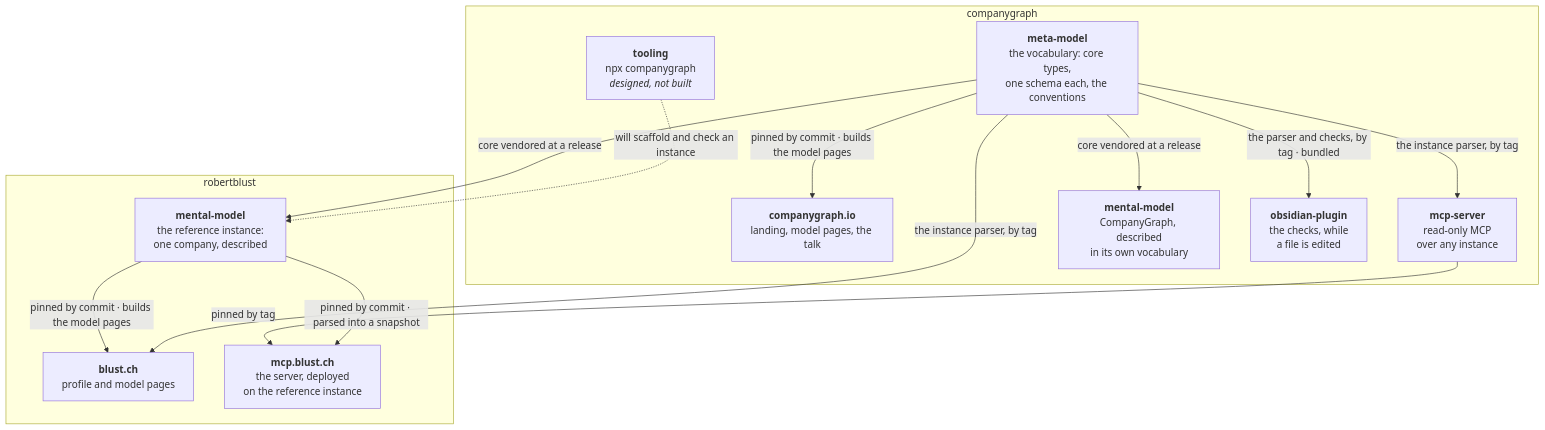
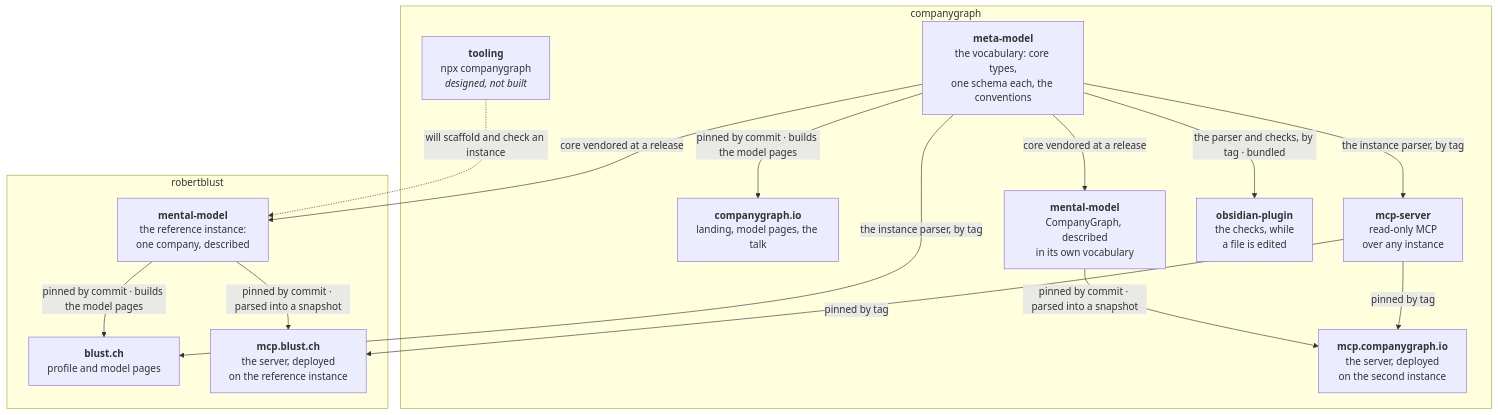
One commit to companygraph/.github changed the diagram in profile/README.md. Above: the diagram before and after it, drawn with Mermaid. The commit also changed other lines of this file, not shown here.

First line of the commit message:
The profile names mcp.companygraph.io

````diff
--- a/profile/README.md
+++ b/profile/README.md
@@ -25,28 +25,31 @@
 ```mermaid
 flowchart TB
     subgraph cg["companygraph"]
         MM["<b>meta-model</b><br/>the vocabulary: core types,<br/>one schema each, the conventions"]
         SITE["<b>companygraph.io</b><br/>landing, model pages, the talk"]
         MCP["<b>mcp-server</b><br/>read-only MCP<br/>over any instance"]
         CGMM["<b>mental-model</b><br/>CompanyGraph, described<br/>in its own vocabulary"]
         PLUGIN["<b>obsidian-plugin</b><br/>the checks, while<br/>a file is edited"]
+        MCPCG["<b>mcp.companygraph.io</b><br/>the server, deployed<br/>on the second instance"]
         TOOL["<b>tooling</b><br/>npx companygraph<br/><i>designed, not built</i>"]
     end
 
     subgraph rb["robertblust"]
         MENTAL["<b>mental-model</b><br/>the reference instance:<br/>one company, described"]
         BLUST["<b>blust.ch</b><br/>profile and model pages"]
         MCPD["<b>mcp.blust.ch</b><br/>the server, deployed<br/>on the reference instance"]
     end
 
     MM -- "core vendored at a release" --> MENTAL
     MM -- "core vendored at a release" --> CGMM
     MM -- "the parser and checks, by tag · bundled" --> PLUGIN
     MM -- "pinned by commit · builds the model pages" --> SITE
     MENTAL -- "pinned by commit · builds the model pages" --> BLUST
     MM -- "the instance parser, by tag" --> BLUST
     MM -- "the instance parser, by tag" --> MCP
     MCP -- "pinned by tag" --> MCPD
     MENTAL -- "pinned by commit · parsed into a snapshot" --> MCPD
+    MCP -- "pinned by tag" --> MCPCG
+    CGMM -- "pinned by commit · parsed into a snapshot" --> MCPCG
     TOOL -. "will scaffold and check an instance" .-> MENTAL
 ```
````
